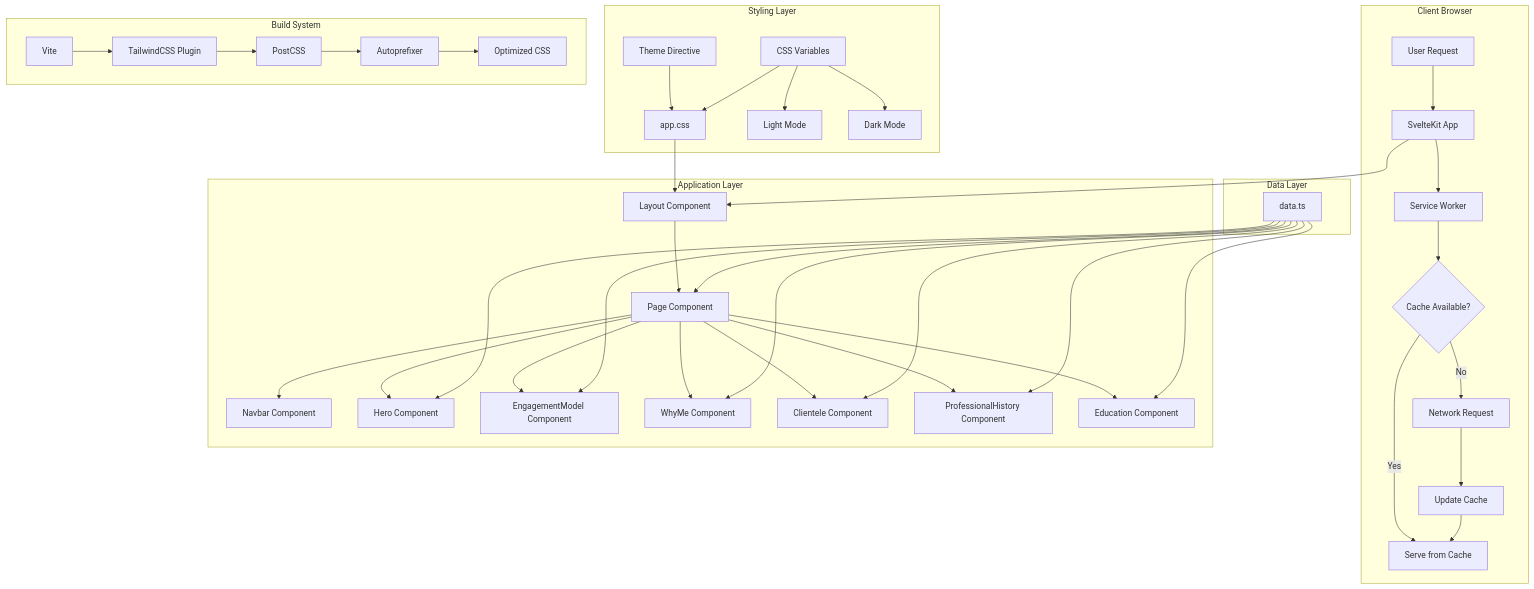
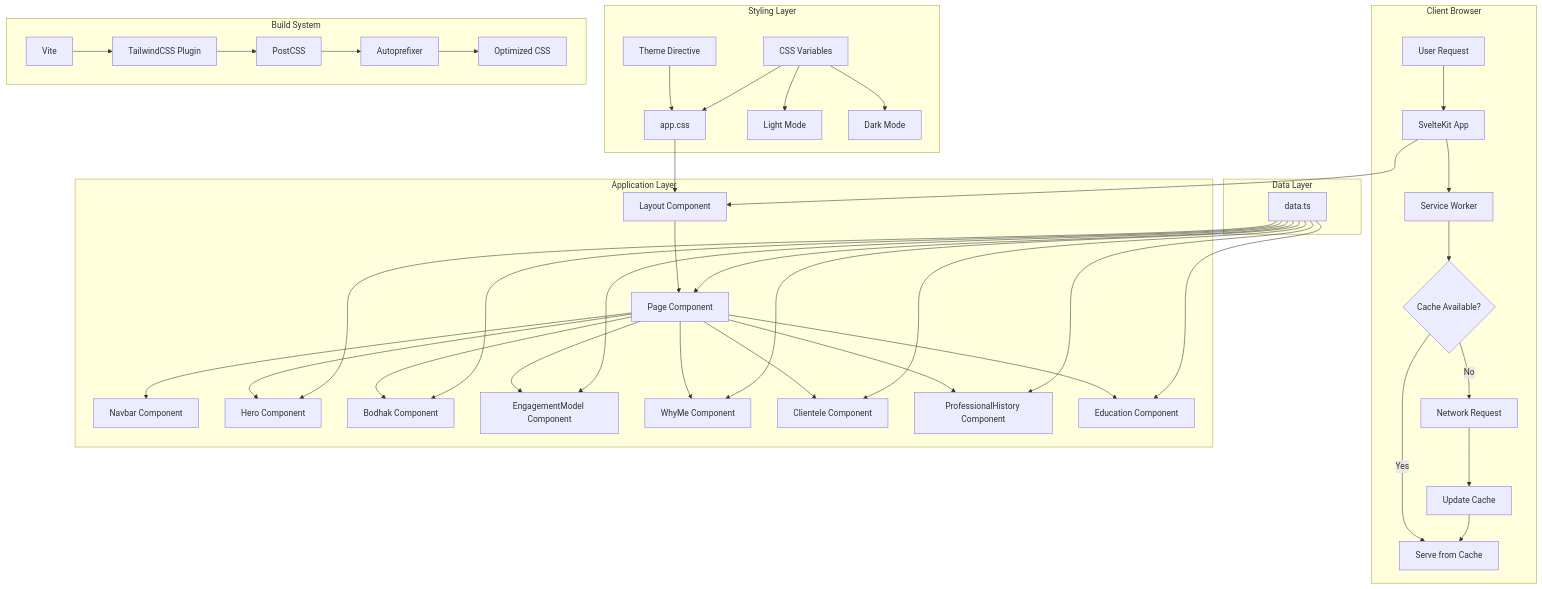
Before and after one commit to vjshivaraman/Shiva-Vilayanur--bodhak: the diagram in README.md, drawn with Mermaid. The commit also changed other lines of this file and 67 other files, not shown here.

````diff
--- a/README.md
+++ b/README.md
@@ -30,49 +30,51 @@
 ```mermaid
 graph TB
     subgraph Client["Client Browser"]
         A["User Request"] --> B["SvelteKit App"]
         B --> C["Service Worker"]
         C --> D{"Cache Available?"}
         D -->|Yes| E["Serve from Cache"]
         D -->|No| F["Network Request"]
         F --> G["Update Cache"]
         G --> E
     end
     
     subgraph App["Application Layer"]
         B --> H["Layout Component"]
         H --> I["Page Component"]
         I --> J["Navbar Component"]
         I --> K["Hero Component"]
+        I --> K2["Bodhak Component"]
         I --> L["EngagementModel Component"]
         I --> M["WhyMe Component"]
         I --> N["Clientele Component"]
         I --> O["ProfessionalHistory Component"]
         I --> P["Education Component"]
     end
     
     subgraph Data["Data Layer"]
         Q["data.ts"] --> I
         Q --> K
+        Q --> K2
         Q --> L
         Q --> M
         Q --> N
         Q --> O
         Q --> P
     end
     
     subgraph Style["Styling Layer"]
         R["app.css"] --> H
         S["Theme Directive"] --> R
         T["CSS Variables"] --> R
         T --> U["Light Mode"]
         T --> V["Dark Mode"]
     end
     
     subgraph Build["Build System"]
         W["Vite"] --> X["TailwindCSS Plugin"]
         X --> Y["PostCSS"]
         Y --> Z["Autoprefixer"]
         Z --> AA["Optimized CSS"]
     end
 ```
````
